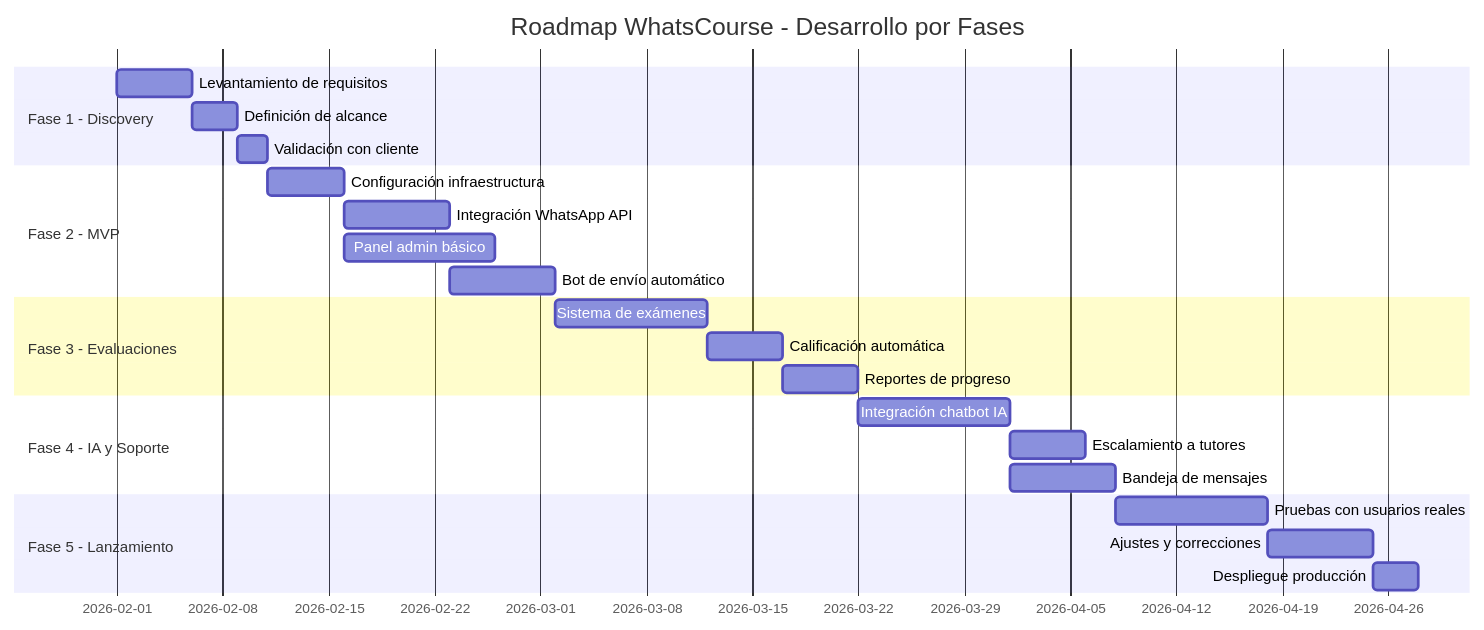
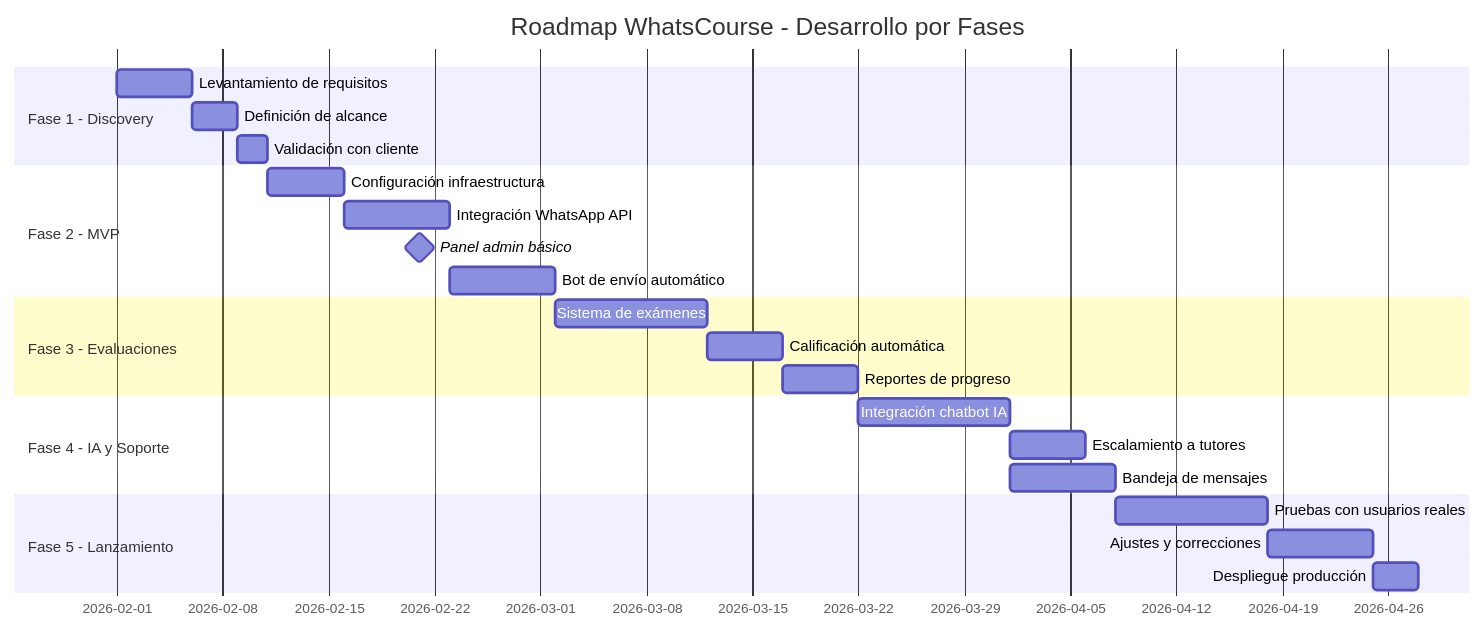
Before and after one commit to erikaluciafuertes/Project-Proposals: the first of 8 diagrams in roadmap.md, drawn with Mermaid.

Commit message:
:milestone

````diff
--- a/roadmap.md
+++ b/roadmap.md
@@ -5,30 +5,30 @@
 ```mermaid
 gantt
     title Roadmap WhatsCourse - Desarrollo por Fases
     dateFormat  YYYY-MM-DD
     section Fase 1 - Discovery
     Levantamiento de requisitos      :f1a, 2026-02-01, 5d
     Definición de alcance            :f1b, after f1a, 3d
     Validación con cliente           :f1c, after f1b, 2d
     
     section Fase 2 - MVP
     Configuración infraestructura    :f2a, after f1c, 5d
     Integración WhatsApp API         :f2b, after f2a, 7d
-    Panel admin básico               :f2c, after f2a, 10d
+    Panel admin básico               :milestone, after f2a, 10d
     Bot de envío automático          :f2d, after f2b, 7d
     
     section Fase 3 - Evaluaciones
     Sistema de exámenes              :f3a, after f2d, 10d
     Calificación automática          :f3b, after f3a, 5d
     Reportes de progreso             :f3c, after f3b, 5d
     
     section Fase 4 - IA y Soporte
     Integración chatbot IA           :f4a, after f3c, 10d
     Escalamiento a tutores           :f4b, after f4a, 5d
     Bandeja de mensajes              :f4c, after f4a, 7d
     
     section Fase 5 - Lanzamiento
     Pruebas con usuarios reales      :f5a, after f4c, 10d
     Ajustes y correcciones           :f5b, after f5a, 7d
     Despliegue producción            :f5c, after f5b, 3d
 ```
````
